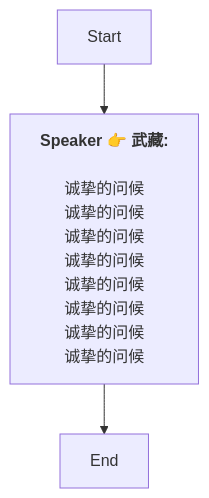
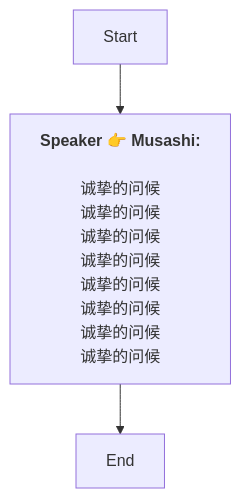
One commit to SoftHu/tos_avg changed the diagram in Zh/NatsuMatsuriTalk.md. Above: the diagram before and after it, drawn with Mermaid. The commit also changed 780 other files, not shown here.

````diff
--- a/Zh/NatsuMatsuriTalk.md
+++ b/Zh/NatsuMatsuriTalk.md
@@ -1,15 +1,7 @@
 ```mermaid
 graph
-Start -->1754552818964928[<b>Speaker 👉 武藏:</b>
-
-诚挚的问候
-诚挚的问候
-诚挚的问候
-诚挚的问候
-诚挚的问候
-诚挚的问候
-诚挚的问候
-诚挚的问候]
+Start -->1754552818964928[<b>Speaker 👉 Musashi:</b>
+\n诚挚的问候\n诚挚的问候\n诚挚的问候\n诚挚的问候\n诚挚的问候\n诚挚的问候\n诚挚的问候\n诚挚的问候]
 1754552818964928 -->1754552866948545[End]
 
- ```
+```
````
